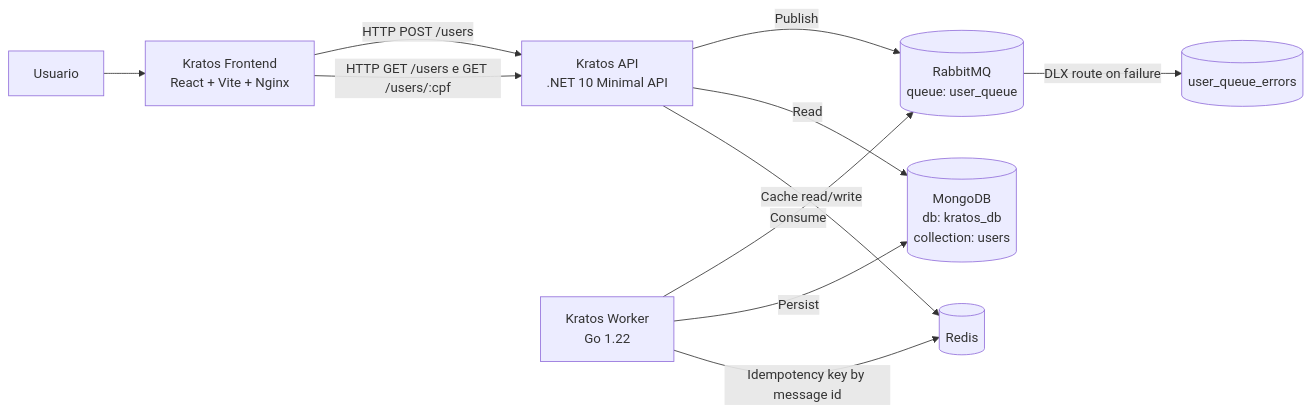
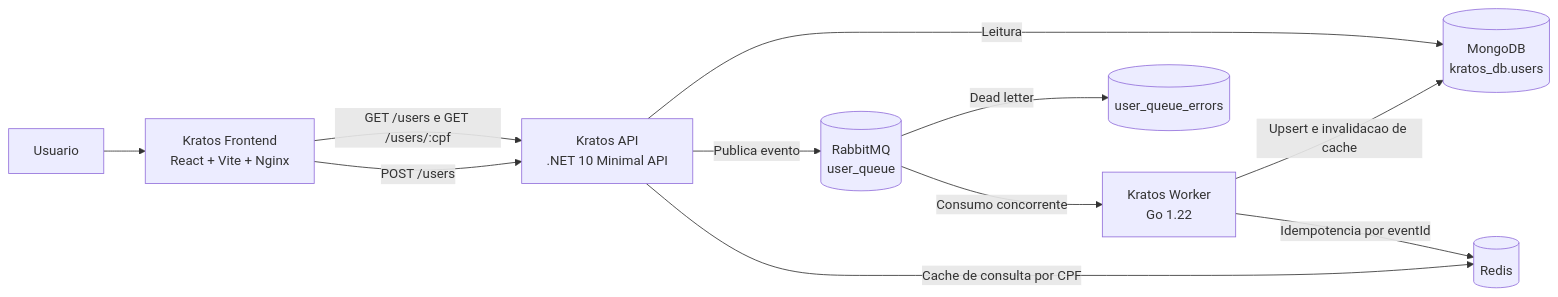
Before and after one commit to celsojrss/kratos: the diagram in README.md, drawn with Mermaid. The commit also changed other lines of this file, not shown here.

Commit message:
docs: update README to clarify project components, architecture, and API endpoints

````diff
--- a/README.md
+++ b/README.md
@@ -17,17 +21,17 @@
 ```mermaid
 flowchart LR
     U["Usuario"] --> F["Kratos Frontend<br/>React + Vite + Nginx"]
-    F -->|"HTTP POST /users"| A["Kratos API<br/>.NET 10 Minimal API"]
-    F -->|"HTTP GET /users e GET /users/:cpf"| A
+    F -->|"POST /users"| A["Kratos API<br/>.NET 10 Minimal API"]
+    F -->|"GET /users e GET /users/:cpf"| A
 
-    A -->|"Publish"| Q[("RabbitMQ<br/>queue: user_queue")]
-    W["Kratos Worker<br/>Go 1.22"] -->|"Consume"| Q
+    A -->|"Publica evento"| Q[("RabbitMQ<br/>user_queue")]
+    Q -->|"Consumo concorrente"| W["Kratos Worker<br/>Go 1.22"]
 
-    W -->|"Persist"| M[("MongoDB<br/>db: kratos_db<br/>collection: users")]
-    A -->|Read| M
+    W -->|"Upsert e invalidacao de cache"| M[("MongoDB<br/>kratos_db.users")]
+    A -->|"Leitura"| M
 
-    A -->|"Cache read/write"| R[("Redis")]
-    W -->|"Idempotency key by message id"| R
+    A -->|"Cache de consulta por CPF"| R[("Redis")]
+    W -->|"Idempotencia por eventId"| R
 
-    Q -->|"DLX route on failure"| QE[("user_queue_errors")]
+    Q -->|"Dead letter"| QE[("user_queue_errors")]
 ```
````
